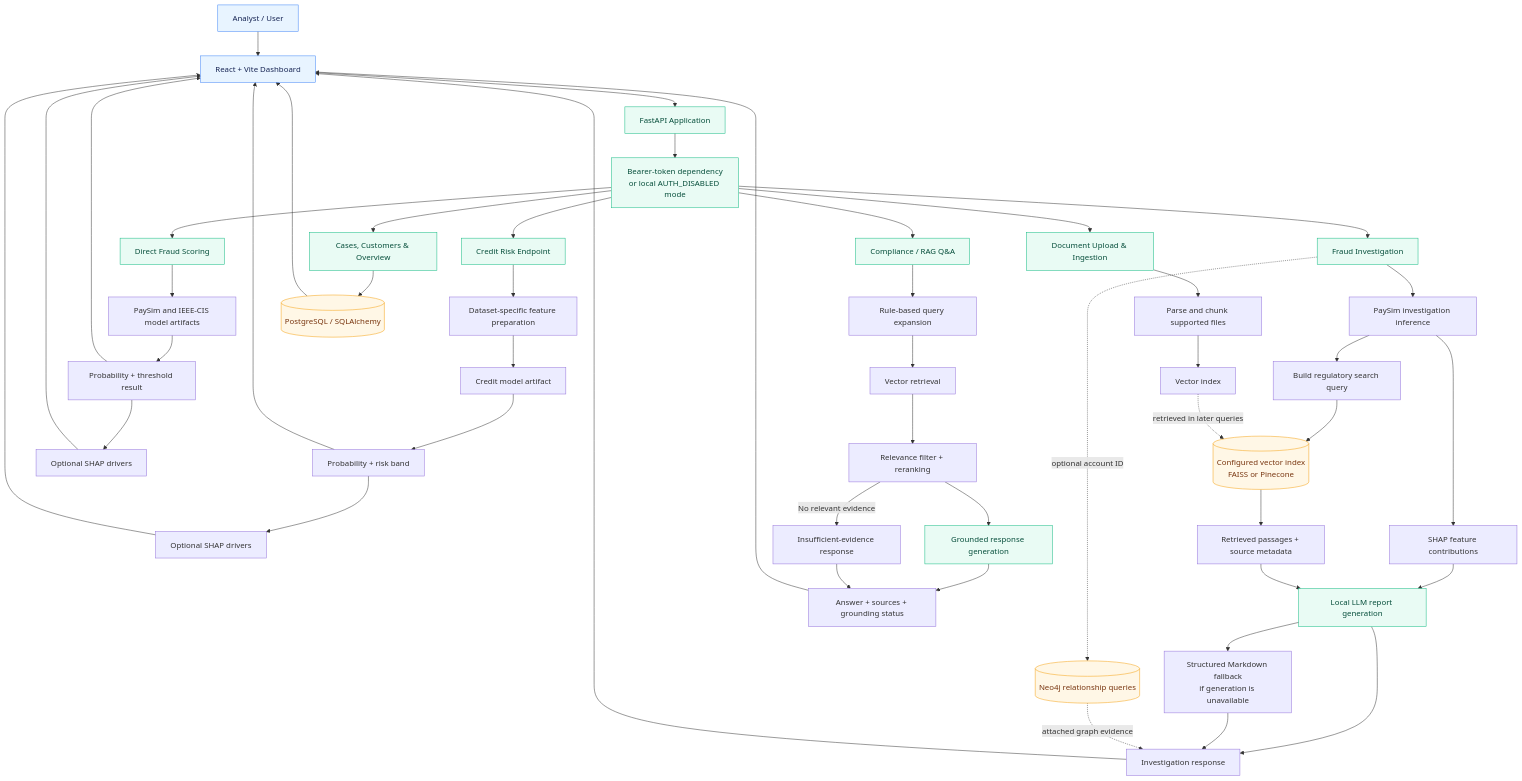
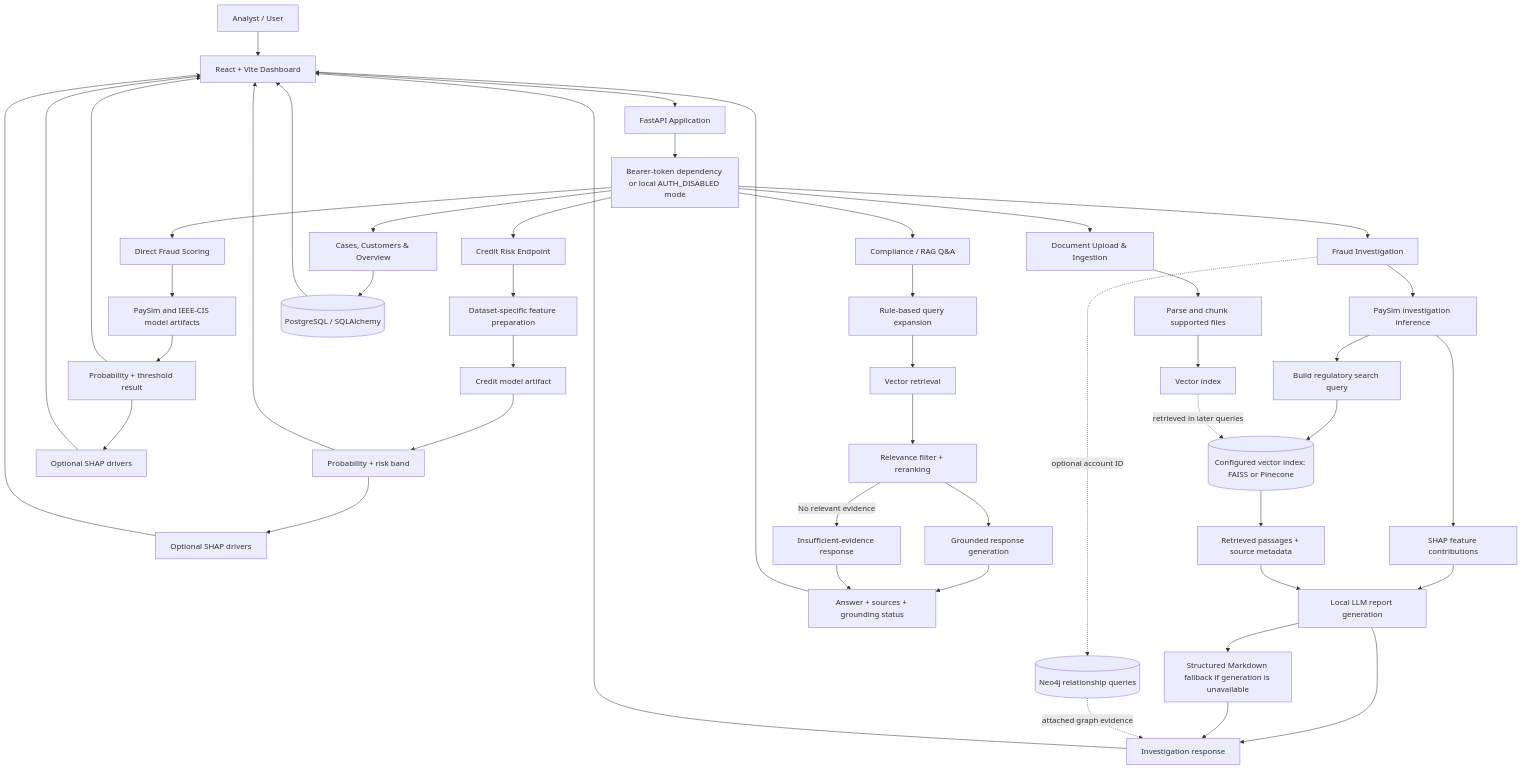
The first of 2 diagrams in README.md (Abhishek4209/AI-Financial-Risk-Intelligence-Platform-using-Graph-RAG-Multi-Agent-LLM), drawn with Mermaid before and after one commit. The commit also changed other lines of this file and 1 other file, not shown here.

````diff
--- a/README.md
+++ b/README.md
@@ -35,63 +49,56 @@
 ```mermaid
 flowchart TB
     U[Analyst / User] --> UI[React + Vite Dashboard]
     UI --> API[FastAPI Application]
-    API --> AUTH[Bearer-token dependency<br/>or local AUTH_DISABLED mode]
+    API --> AUTH[Bearer-token dependency or local AUTH_DISABLED mode]
 
     AUTH --> CREDIT[Credit Risk Endpoint]
     AUTH --> FRAUD[Direct Fraud Scoring]
     AUTH --> INVEST[Fraud Investigation]
     AUTH --> RAG[Compliance / RAG Q&A]
     AUTH --> DOCS[Document Upload & Ingestion]
     AUTH --> OPS[Cases, Customers & Overview]
 
     CREDIT --> CFE[Dataset-specific feature preparation]
     CFE --> CM[Credit model artifact]
     CM --> CP[Probability + risk band]
     CP --> CSHAP[Optional SHAP drivers]
 
     FRAUD --> FM[PaySim and IEEE-CIS model artifacts]
     FM --> FP[Probability + threshold result]
     FP --> FSHAP[Optional SHAP drivers]
 
     INVEST --> IF[PaySim investigation inference]
     IF --> ISHAP[SHAP feature contributions]
     IF --> Q[Build regulatory search query]
-    Q --> VDB[(Configured vector index<br/>FAISS or Pinecone)]
+    Q --> VDB[(Configured vector index: FAISS or Pinecone)]
     VDB --> E[Retrieved passages + source metadata]
     ISHAP --> REPORT[Local LLM report generation]
     E --> REPORT
-    REPORT --> FALLBACK[Structured Markdown fallback<br/>if generation is unavailable]
+    REPORT --> FALLBACK[Structured Markdown fallback if generation is unavailable]
     REPORT --> IOUT[Investigation response]
     FALLBACK --> IOUT
     INVEST -. optional account ID .-> NEO[(Neo4j relationship queries)]
     NEO -. attached graph evidence .-> IOUT
 
     RAG --> EXP[Rule-based query expansion]
     EXP --> SEARCH[Vector retrieval]
     SEARCH --> FILTER[Relevance filter + reranking]
     FILTER --> GEN[Grounded response generation]
     GEN --> RAGOUT[Answer + sources + grounding status]
     FILTER -->|No relevant evidence| NOEVID[Insufficient-evidence response]
     NOEVID --> RAGOUT
 
     DOCS --> PARSE[Parse and chunk supported files]
     PARSE --> INDEX[Vector index]
     INDEX -. retrieved in later queries .-> VDB
 
     OPS --> PG[(PostgreSQL / SQLAlchemy)]
     CP --> UI
     CSHAP --> UI
     FP --> UI
     FSHAP --> UI
     IOUT --> UI
     RAGOUT --> UI
     PG --> UI
-
-    classDef user fill:#e8f4ff,stroke:#3b82f6,color:#172554;
-    classDef service fill:#e9fbf4,stroke:#10b981,color:#064e3b;
-    classDef store fill:#fff7e6,stroke:#f59e0b,color:#78350f;
-    class U,UI user;
-    class API,AUTH,CREDIT,FRAUD,INVEST,RAG,DOCS,OPS,REPORT,GEN service;
-    class VDB,NEO,PG store;
 ```
````
